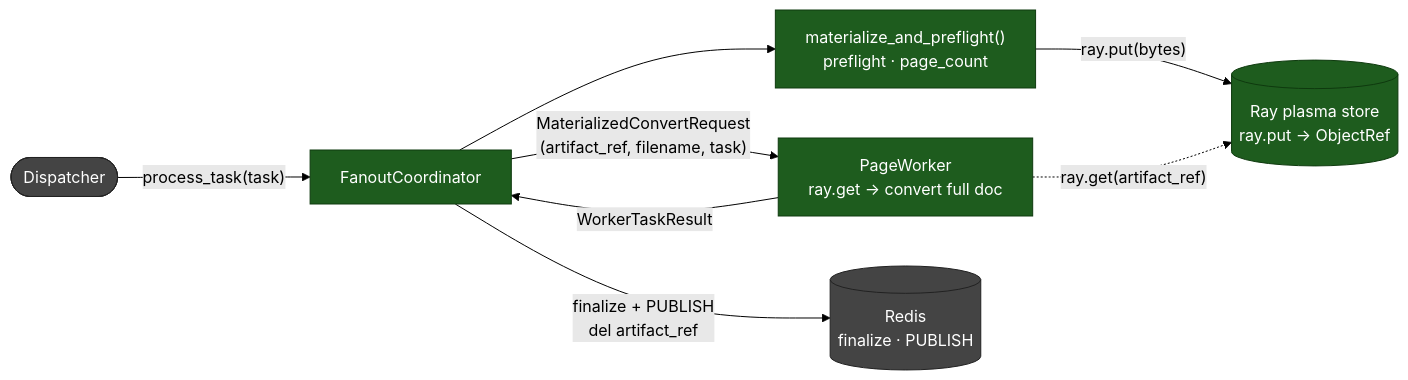
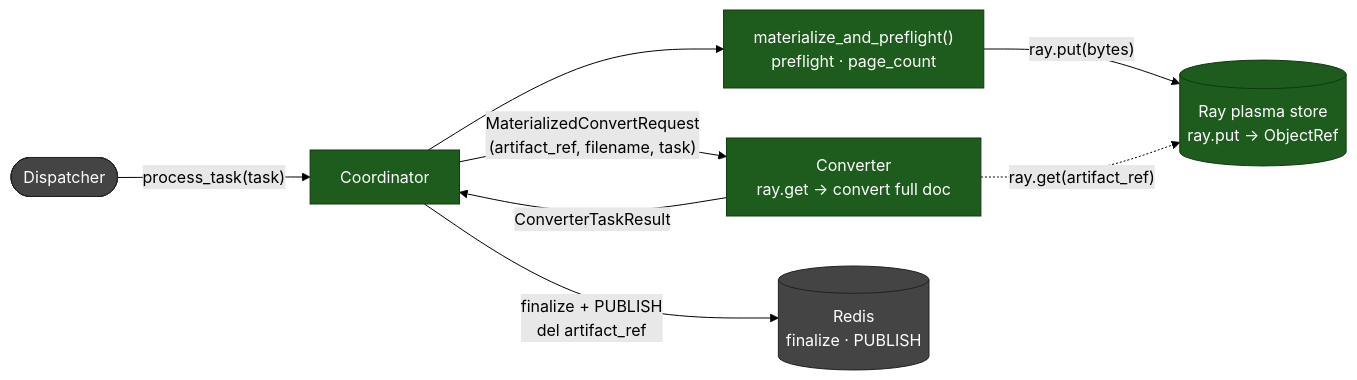
Before and after one commit to docling-project/docling-serve: the third of 11 diagrams in docs/ray-orchestrator-architecture-page-slicing-delta.md, drawn with Mermaid (forest theme). The commit also changed other lines of this file, not shown here.

````diff
--- a/docs/ray-orchestrator-architecture-page-slicing-delta.md
+++ b/docs/ray-orchestrator-architecture-page-slicing-delta.md
@@ -99,20 +99,20 @@
 ```mermaid
 flowchart LR
     classDef new     fill:#1e5c1e,color:#fff,stroke:#0f3a0f
     classDef existed fill:#444,color:#fff,stroke:#222
 
     DISP(["Dispatcher"]):::existed
-    COORD["FanoutCoordinator"]:::new
+    COORD["Coordinator"]:::new
     MAT["materialize_and_preflight()\npreflight · page_count"]:::new
     PLASMA[("Ray plasma store\nray.put → ObjectRef")]:::new
-    WORK["PageWorker\nray.get → convert full doc"]:::new
+    WORK["Converter\nray.get → convert full doc"]:::new
     REDIS[("Redis\nfinalize · PUBLISH")]:::existed
 
     DISP -- "process_task(task)" --> COORD
     COORD --> MAT
     MAT -- "ray.put(bytes)" --> PLASMA
     COORD -- "MaterializedConvertRequest\n(artifact_ref, filename, task)" --> WORK
     WORK -. "ray.get(artifact_ref)" .-> PLASMA
-    WORK -- "WorkerTaskResult" --> COORD
+    WORK -- "ConverterTaskResult" --> COORD
     COORD -- "finalize + PUBLISH\ndel artifact_ref" --> REDIS
 ```
````
